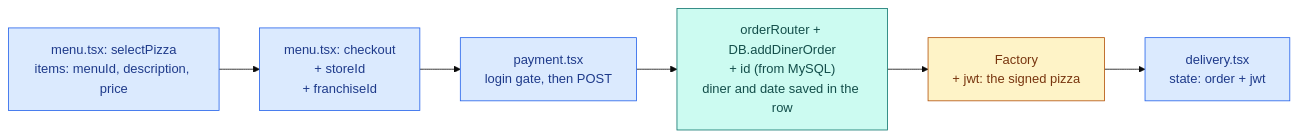
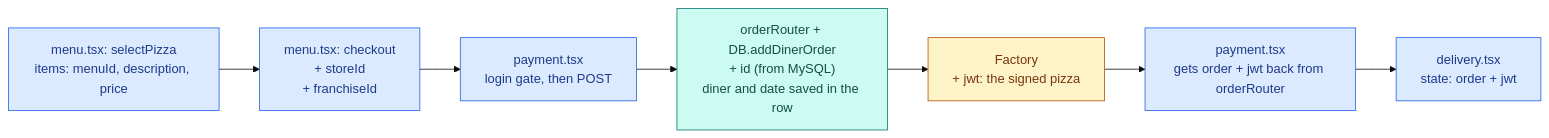
One commit to joshuajob-cs/jwt-pizza changed the seventh of 18 diagrams in docs/flows.md. Above: the diagram before and after it, drawn with Mermaid (base theme). The commit also changed other lines of this file, not shown here.

Commit message:
refactor(docs): draw every layer consistently in flows.md

````diff
--- a/docs/flows.md
+++ b/docs/flows.md
@@ -146,13 +179,14 @@
 ```mermaid
 flowchart LR
   A["menu.tsx: selectPizza<br/>items: menuId, description, price"]:::fe
   B["menu.tsx: checkout<br/>+ storeId<br/>+ franchiseId"]:::fe
   C["payment.tsx<br/>login gate, then POST"]:::fe
   D["orderRouter + DB.addDinerOrder<br/>+ id (from MySQL)<br/>diner and date saved in the row"]:::be
   E["Factory<br/>+ jwt: the signed pizza"]:::fx
+  G["payment.tsx<br/>gets order + jwt back from orderRouter"]:::fe
   F["delivery.tsx<br/>state: order + jwt"]:::fe
-  A --> B --> C --> D --> E --> F
+  A --> B --> C --> D --> E --> G --> F
   classDef fe fill:#dbeafe,stroke:#2563eb,color:#1e3a8a
   classDef be fill:#ccfbf1,stroke:#0f766e,color:#134e4a
   classDef fx fill:#fef3c7,stroke:#b45309,color:#78350f
 ```
````
